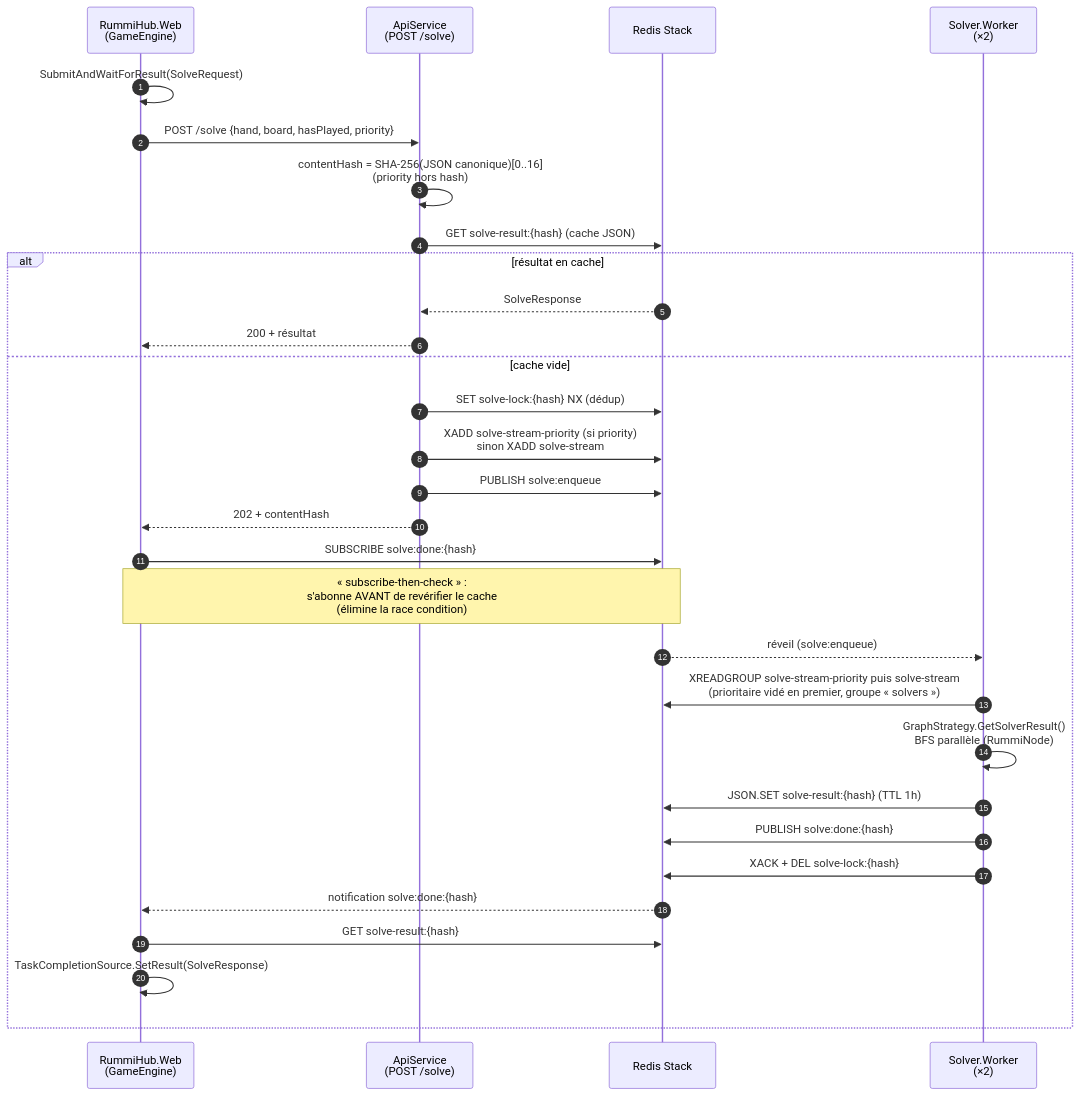
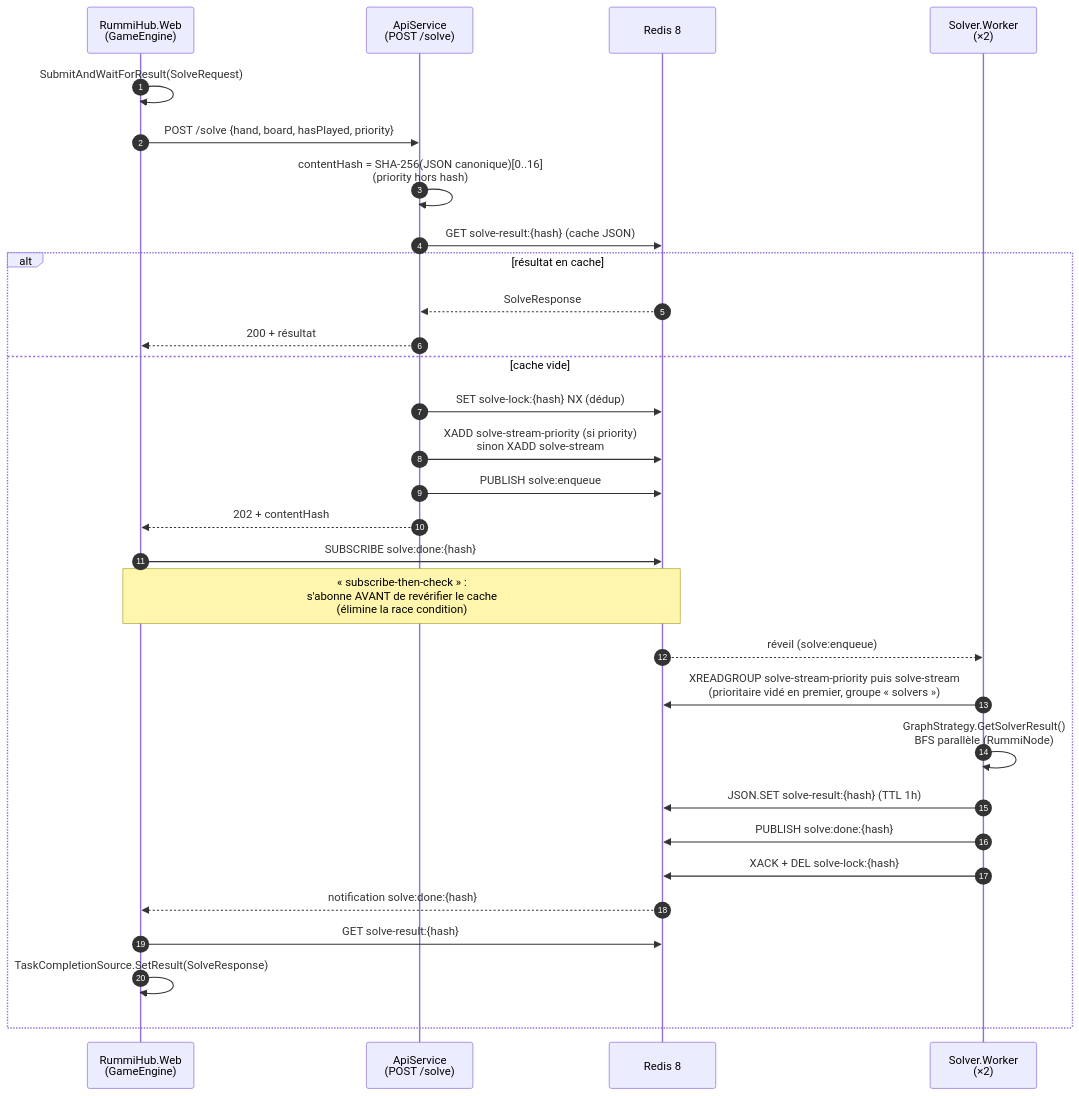
One commit to AntoineRevel/RummiHub changed the second of 2 diagrams in docs/architecture.md. Above: the diagram before and after it, drawn with Mermaid. The commit also changed other lines of this file and 7 other files, not shown here.

````diff
--- a/docs/architecture.md
+++ b/docs/architecture.md
@@ -76,33 +76,33 @@
 ```mermaid
 sequenceDiagram
     autonumber
     participant W as RummiHub.Web<br/>(GameEngine)
     participant A as ApiService<br/>(POST /solve)
-    participant R as Redis Stack
+    participant R as Redis 8
     participant K as Solver.Worker<br/>(×2)
 
     W->>W: SubmitAndWaitForResult(SolveRequest)
     W->>A: POST /solve {hand, board, hasPlayed, priority}
     A->>A: contentHash = SHA-256(JSON canonique)[0..16]<br/>(priority hors hash)
     A->>R: GET solve-result:{hash} (cache JSON)
     alt résultat en cache
         R-->>A: SolveResponse
         A-->>W: 200 + résultat
     else cache vide
         A->>R: SET solve-lock:{hash} NX (dédup)
         A->>R: XADD solve-stream-priority (si priority)<br/>sinon XADD solve-stream
         A->>R: PUBLISH solve:enqueue
         A-->>W: 202 + contentHash
         W->>R: SUBSCRIBE solve:done:{hash}
         Note over W,R: « subscribe-then-check » :<br/>s'abonne AVANT de revérifier le cache<br/>(élimine la race condition)
         R-->>K: réveil (solve:enqueue)
         K->>R: XREADGROUP solve-stream-priority puis solve-stream<br/>(prioritaire vidé en premier, groupe « solvers »)
         K->>K: GraphStrategy.GetSolverResult()<br/>BFS parallèle (RummiNode)
         K->>R: JSON.SET solve-result:{hash} (TTL 1h)
         K->>R: PUBLISH solve:done:{hash}
         K->>R: XACK + DEL solve-lock:{hash}
         R-->>W: notification solve:done:{hash}
         W->>R: GET solve-result:{hash}
         W->>W: TaskCompletionSource.SetResult(SolveResponse)
     end
 ```
````
